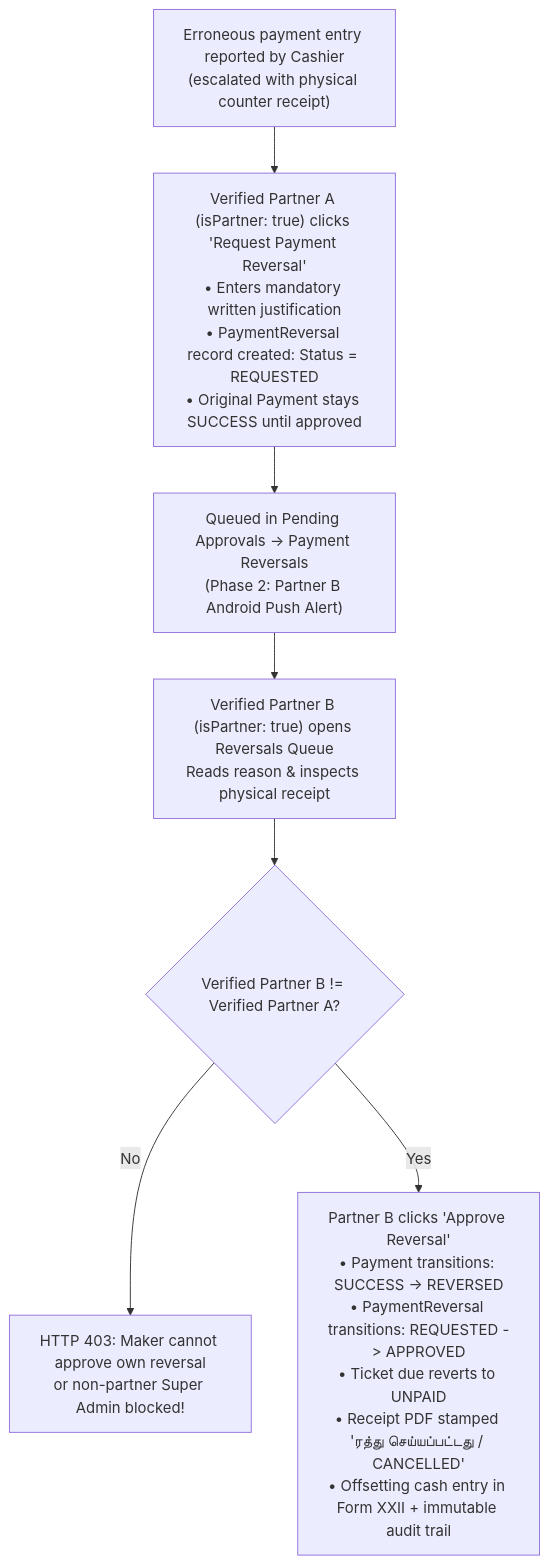
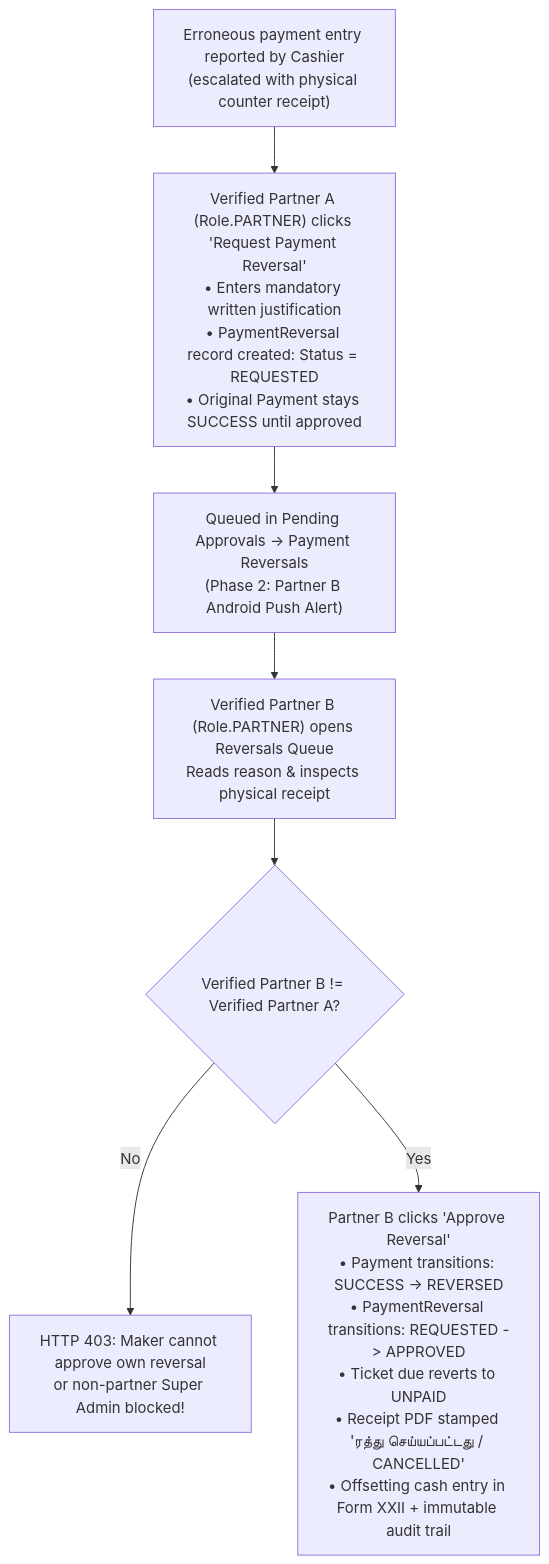
The ninth of 15 diagrams in docs/07-operations/user-manuals/admin-foreman-manual.md (Kathir-24/Kumaran-finance), drawn with Mermaid before and after one commit. The commit also changed other lines of this file and 189 other files, not shown here.

````diff
--- a/docs/07-operations/user-manuals/admin-foreman-manual.md
+++ b/docs/07-operations/user-manuals/admin-foreman-manual.md
@@ -258,9 +258,9 @@
 ```mermaid
 flowchart TD
-    Error["Erroneous payment entry reported by Cashier\n(escalated with physical counter receipt)"] --> Req["Verified Partner A (isPartner: true) clicks 'Request Payment Reversal'\n• Enters mandatory written justification\n• PaymentReversal record created: Status = REQUESTED\n• Original Payment stays SUCCESS until approved"]
+    Error["Erroneous payment entry reported by Cashier\n(escalated with physical counter receipt)"] --> Req["Verified Partner A (Role.PARTNER) clicks 'Request Payment Reversal'\n• Enters mandatory written justification\n• PaymentReversal record created: Status = REQUESTED\n• Original Payment stays SUCCESS until approved"]
     Req --> Queue["Queued in Pending Approvals -> Payment Reversals\n(Phase 2: Partner B Android Push Alert)"]
-    Queue --> Review["Verified Partner B (isPartner: true) opens Reversals Queue\nReads reason & inspects physical receipt"]
+    Queue --> Review["Verified Partner B (Role.PARTNER) opens Reversals Queue\nReads reason & inspects physical receipt"]
     Review --> Dual{"Verified Partner B != Verified Partner A?"}
     Dual -- No --> Deny["HTTP 403: Maker cannot approve own reversal\nor non-partner Super Admin blocked!"]
     Dual -- Yes --> Approve["Partner B clicks 'Approve Reversal'\n• Payment transitions: SUCCESS -> REVERSED\n• PaymentReversal transitions: REQUESTED -> APPROVED\n• Ticket due reverts to UNPAID\n• Receipt PDF stamped 'ரத்து செய்யப்பட்டது / CANCELLED'\n• Offsetting cash entry in Form XXII + immutable audit trail"]
 ```
````
